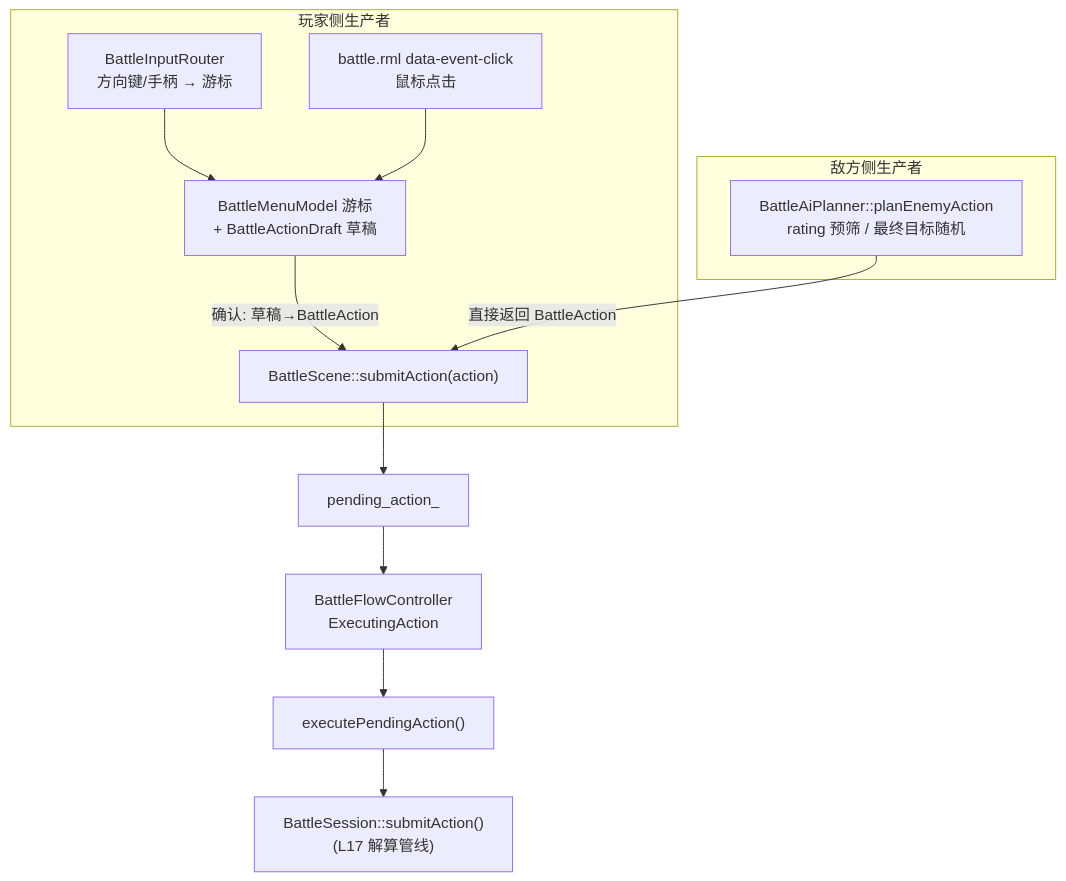
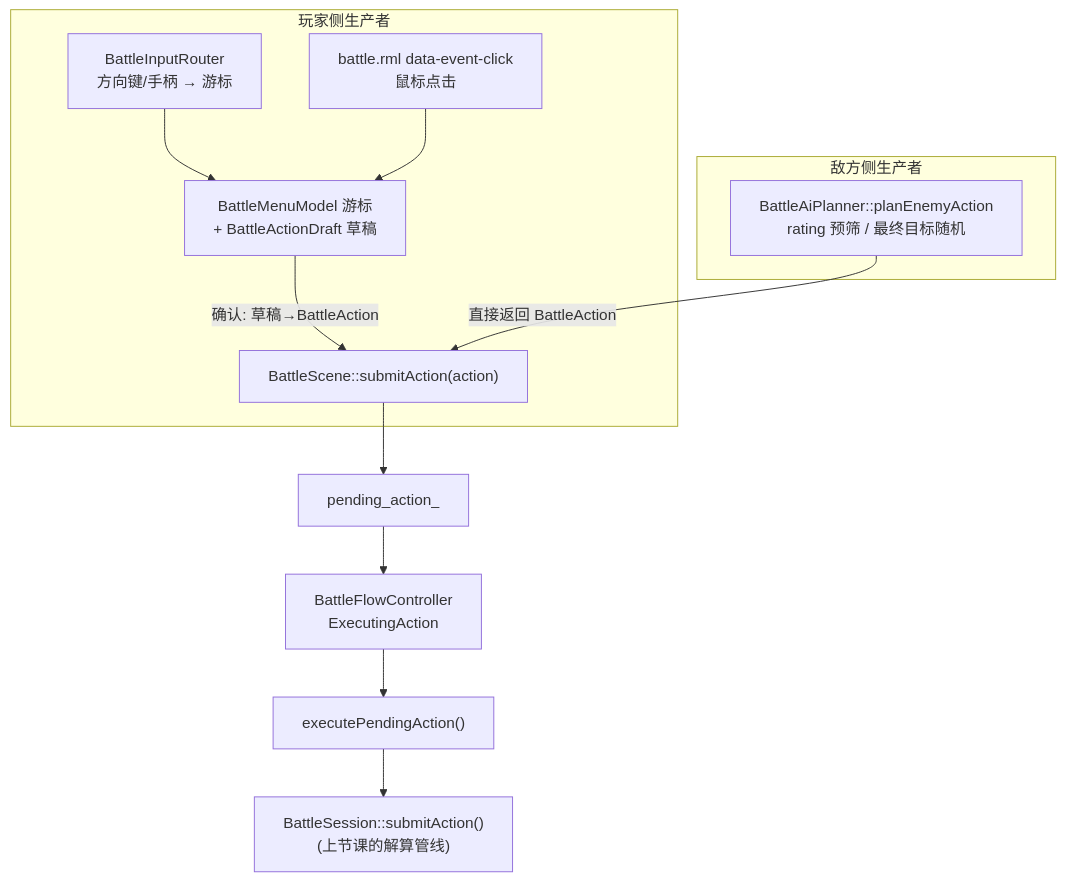
One commit to WispSnow/TinyFarmRPG changed the first of 2 diagrams in lecture_plans/lectures/18-战斗Action生成.md. Above: the diagram before and after it, drawn with Mermaid. The commit also changed other lines of this file and 14 other files, not shown here.

````diff
--- a/lecture_plans/lectures/18-战斗Action生成.md
+++ b/lecture_plans/lectures/18-战斗Action生成.md
@@ -52,21 +50,21 @@
 ```mermaid
 flowchart TD
     subgraph PLAYER["玩家侧生产者"]
         NAV["BattleInputRouter<br/>方向键/手柄 → 游标"]
         MOUSE["battle.rml data-event-click<br/>鼠标点击"]
         MODEL["BattleMenuModel 游标<br/>+ BattleActionDraft 草稿"]
         NAV --> MODEL
         MOUSE --> MODEL
         MODEL -->|"确认: 草稿→BattleAction"| CONV
     end
 
     subgraph AI["敌方侧生产者"]
         PLAN["BattleAiPlanner::planEnemyAction<br/>rating 预筛 / 最终目标随机"]
         PLAN -->|"直接返回 BattleAction"| CONV
     end
 
     CONV["BattleScene::submitAction(action)"] --> PEND["pending_action_"]
     PEND --> FLOW["BattleFlowController<br/>ExecutingAction"]
     FLOW --> EXEC["executePendingAction()"]
-    EXEC --> SESS["BattleSession::submitAction()<br/>(L17 解算管线)"]
+    EXEC --> SESS["BattleSession::submitAction()<br/>(上节课的解算管线)"]
 ```
````
